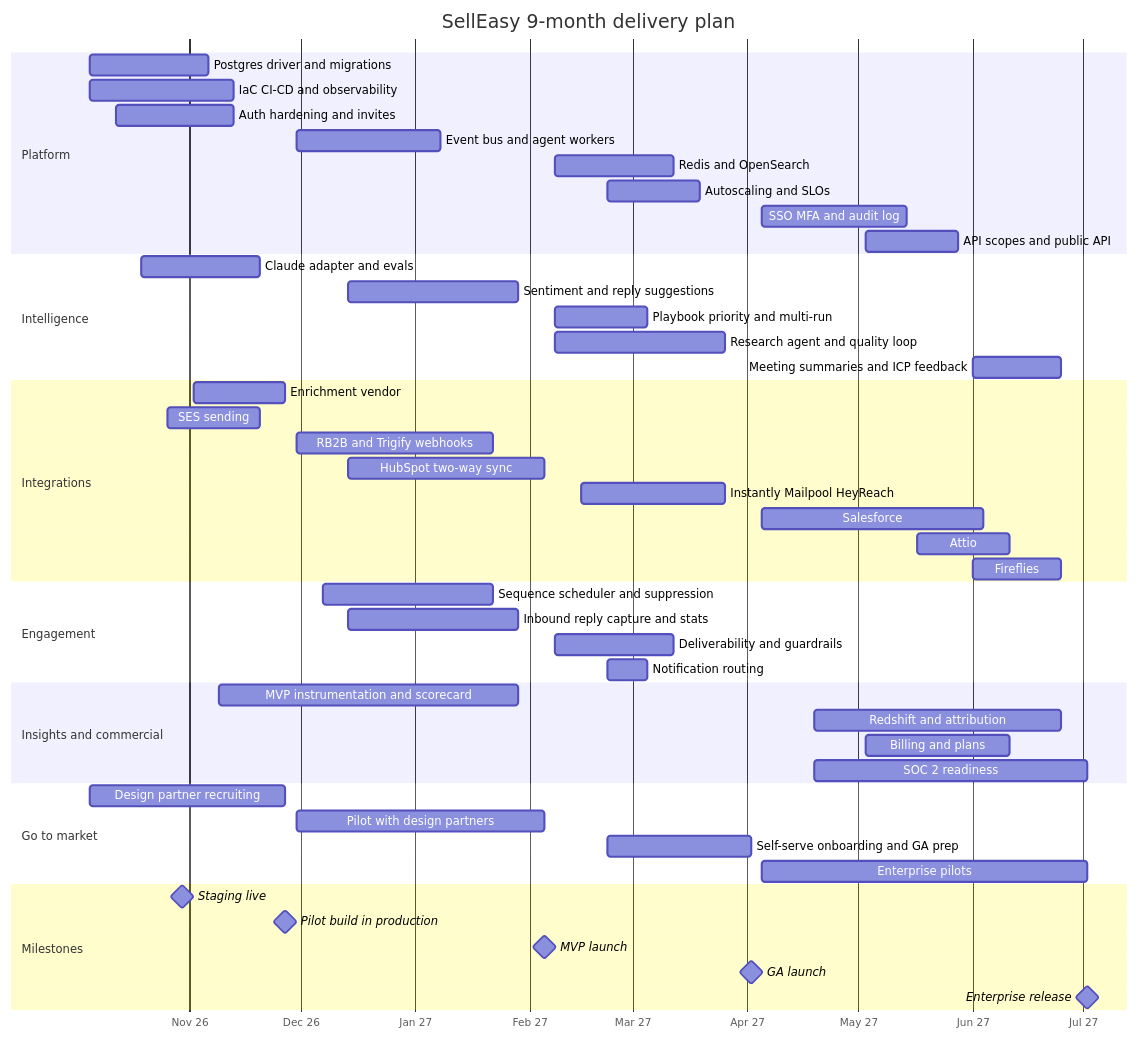
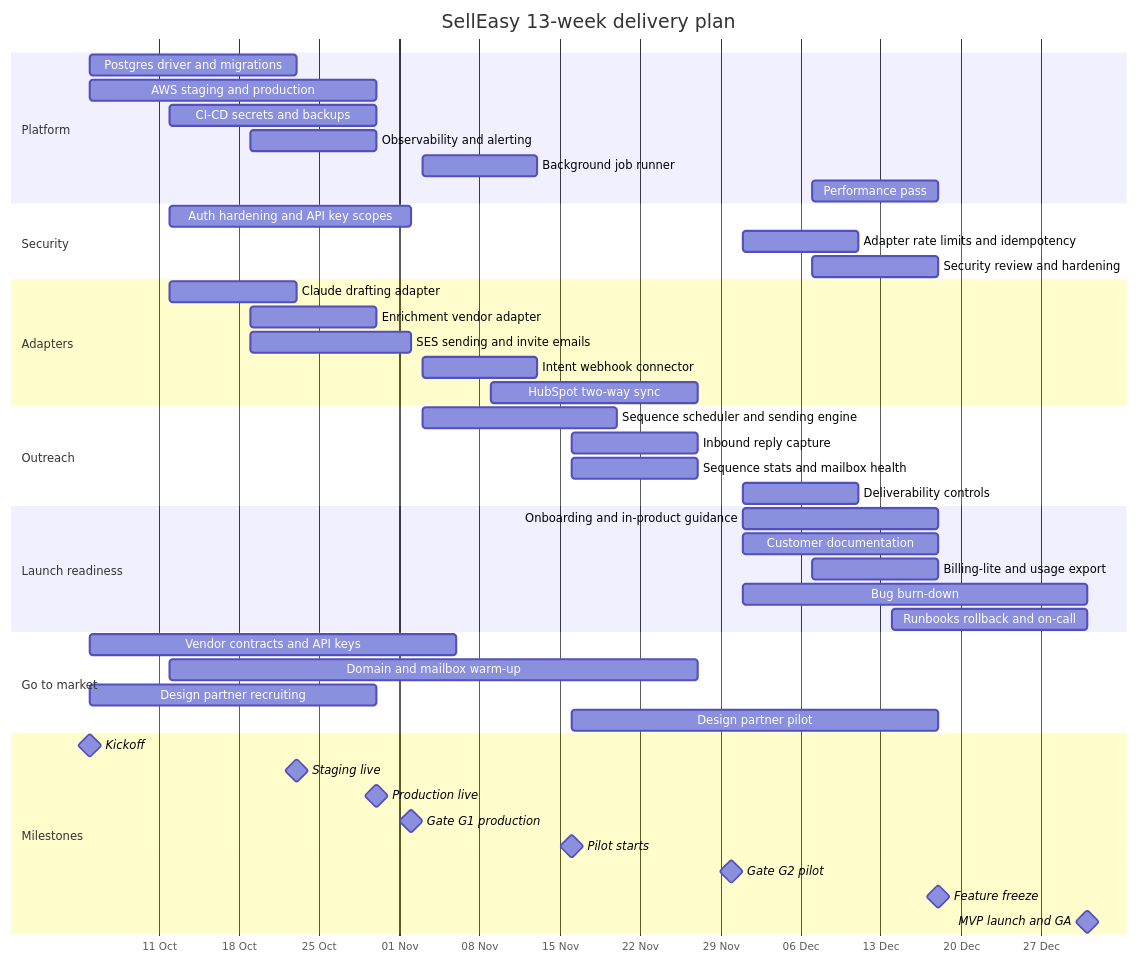
The first of 2 diagrams in content/docs/roadmap/timeline.mdx (adarsh-dev-hs/sell-easy-docs), drawn with Mermaid before and after one commit. The commit also changed other lines of this file and 35 other files, not shown here.

````diff
--- a/content/docs/roadmap/timeline.mdx
+++ b/content/docs/roadmap/timeline.mdx
@@ -25,51 +33,48 @@
 ```mermaid
 gantt
-  title SellEasy 9-month delivery plan
+  title SellEasy 13-week delivery plan
   dateFormat YYYY-MM-DD
-  axisFormat %b %y
+  axisFormat %d %b
   section Platform
-  Postgres driver and migrations        :pf1, 2026-10-05, 2026-11-06
-  IaC CI-CD and observability           :pf2, 2026-10-05, 2026-11-13
-  Auth hardening and invites            :pf3, 2026-10-12, 2026-11-13
-  Event bus and agent workers           :pf4, 2026-11-30, 2027-01-08
-  Redis and OpenSearch                  :pf5, 2027-02-08, 2027-03-12
-  Autoscaling and SLOs                  :pf6, 2027-02-22, 2027-03-19
-  SSO MFA and audit log                 :pf7, 2027-04-05, 2027-05-14
-  API scopes and public API             :pf8, 2027-05-03, 2027-05-28
-  section Intelligence
-  Claude adapter and evals              :ai1, 2026-10-19, 2026-11-20
-  Sentiment and reply suggestions       :ai2, 2026-12-14, 2027-01-29
-  Playbook priority and multi-run       :ai3, 2027-02-08, 2027-03-05
-  Research agent and quality loop       :ai4, 2027-02-08, 2027-03-26
-  Meeting summaries and ICP feedback    :ai5, 2027-06-01, 2027-06-25
-  section Integrations
-  Enrichment vendor                     :in1, 2026-11-02, 2026-11-27
-  SES sending                           :in2, 2026-10-26, 2026-11-20
-  RB2B and Trigify webhooks             :in3, 2026-11-30, 2027-01-22
-  HubSpot two-way sync                  :in4, 2026-12-14, 2027-02-05
-  Instantly Mailpool HeyReach           :in5, 2027-02-15, 2027-03-26
-  Salesforce                            :in6, 2027-04-05, 2027-06-04
-  Attio                                 :in7, 2027-05-17, 2027-06-11
-  Fireflies                             :in8, 2027-06-01, 2027-06-25
-  section Engagement
-  Sequence scheduler and suppression    :en1, 2026-12-07, 2027-01-22
-  Inbound reply capture and stats       :en2, 2026-12-14, 2027-01-29
-  Deliverability and guardrails         :en3, 2027-02-08, 2027-03-12
-  Notification routing                  :en4, 2027-02-22, 2027-03-05
-  section Insights and commercial
-  MVP instrumentation and scorecard     :ic1, 2026-11-09, 2027-01-29
-  Redshift and attribution              :ic2, 2027-04-19, 2027-06-25
-  Billing and plans                     :ic3, 2027-05-03, 2027-06-11
-  SOC 2 readiness                       :ic4, 2027-04-19, 2027-07-02
+  Postgres driver and migrations        :pf1, 2026-10-05, 2026-10-23
+  AWS staging and production            :pf2, 2026-10-05, 2026-10-30
+  CI-CD secrets and backups             :pf3, 2026-10-12, 2026-10-30
+  Observability and alerting            :pf4, 2026-10-19, 2026-10-30
+  Background job runner                 :pf5, 2026-11-03, 2026-11-13
+  Performance pass                      :pf6, 2026-12-07, 2026-12-18
+  section Security
+  Auth hardening and API key scopes     :se1, 2026-10-12, 2026-11-02
+  Adapter rate limits and idempotency   :se2, 2026-12-01, 2026-12-11
+  Security review and hardening         :se3, 2026-12-07, 2026-12-18
+  section Adapters
+  Claude drafting adapter               :ad1, 2026-10-12, 2026-10-23
+  Enrichment vendor adapter             :ad2, 2026-10-19, 2026-10-30
+  SES sending and invite emails         :ad3, 2026-10-19, 2026-11-02
+  Intent webhook connector              :ad4, 2026-11-03, 2026-11-13
+  HubSpot two-way sync                  :ad5, 2026-11-09, 2026-11-27
+  section Outreach
+  Sequence scheduler and sending engine :ou1, 2026-11-03, 2026-11-20
+  Inbound reply capture                 :ou2, 2026-11-16, 2026-11-27
+  Sequence stats and mailbox health     :ou3, 2026-11-16, 2026-11-27
+  Deliverability controls               :ou4, 2026-12-01, 2026-12-11
+  section Launch readiness
+  Onboarding and in-product guidance    :lr1, 2026-12-01, 2026-12-18
+  Customer documentation                :lr2, 2026-12-01, 2026-12-18
+  Billing-lite and usage export         :lr3, 2026-12-07, 2026-12-18
+  Bug burn-down                         :lr4, 2026-12-01, 2026-12-31
+  Runbooks rollback and on-call         :lr5, 2026-12-14, 2026-12-31
   section Go to market
-  Design partner recruiting             :gt1, 2026-10-05, 2026-11-27
-  Pilot with design partners            :gt2, 2026-11-30, 2027-02-05
-  Self-serve onboarding and GA prep     :gt3, 2027-02-22, 2027-04-02
-  Enterprise pilots                     :gt4, 2027-04-05, 2027-07-02
+  Vendor contracts and API keys         :gt1, 2026-10-05, 2026-11-06
+  Domain and mailbox warm-up            :gt2, 2026-10-12, 2026-11-27
+  Design partner recruiting             :gt3, 2026-10-05, 2026-10-30
+  Design partner pilot                  :gt4, 2026-11-16, 2026-12-18
   section Milestones
-  Staging live                          :milestone, 2026-10-30, 0d
-  Pilot build in production             :milestone, 2026-11-27, 0d
-  MVP launch                            :milestone, 2027-02-05, 0d
-  GA launch                             :milestone, 2027-04-02, 0d
-  Enterprise release                    :milestone, 2027-07-02, 0d
+  Kickoff                               :milestone, 2026-10-05, 0d
+  Staging live                          :milestone, 2026-10-23, 0d
+  Production live                       :milestone, 2026-10-30, 0d
+  Gate G1 production                    :milestone, 2026-11-02, 0d
+  Pilot starts                          :milestone, 2026-11-16, 0d
+  Gate G2 pilot                         :milestone, 2026-11-30, 0d
+  Feature freeze                        :milestone, 2026-12-18, 0d
+  MVP launch and GA                     :milestone, 2026-12-31, 0d
 ```
````
